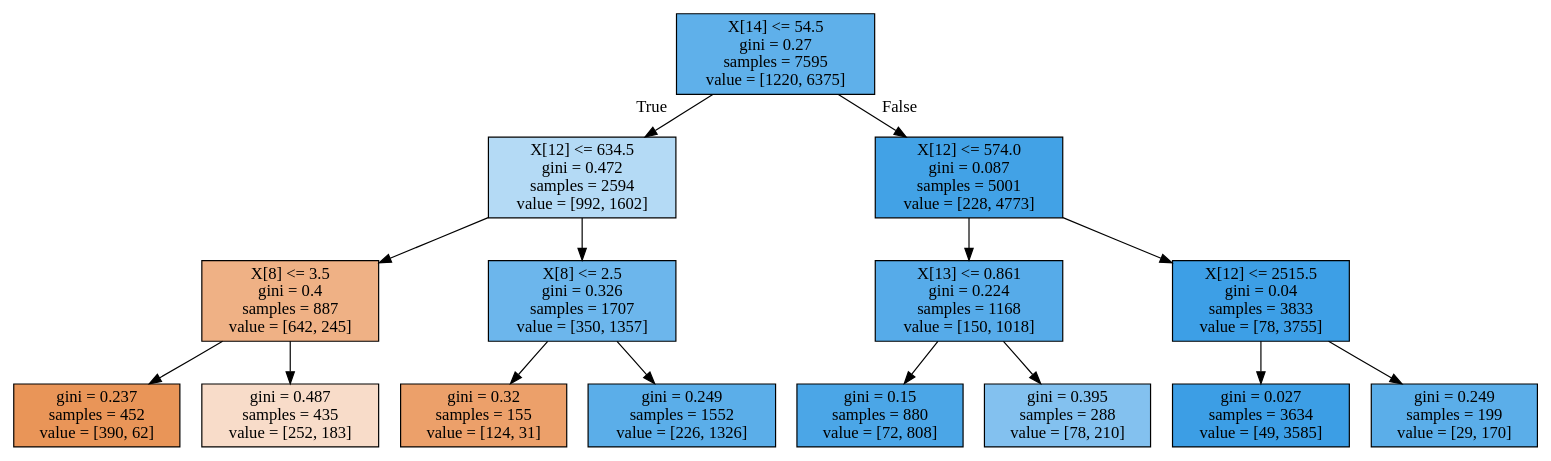
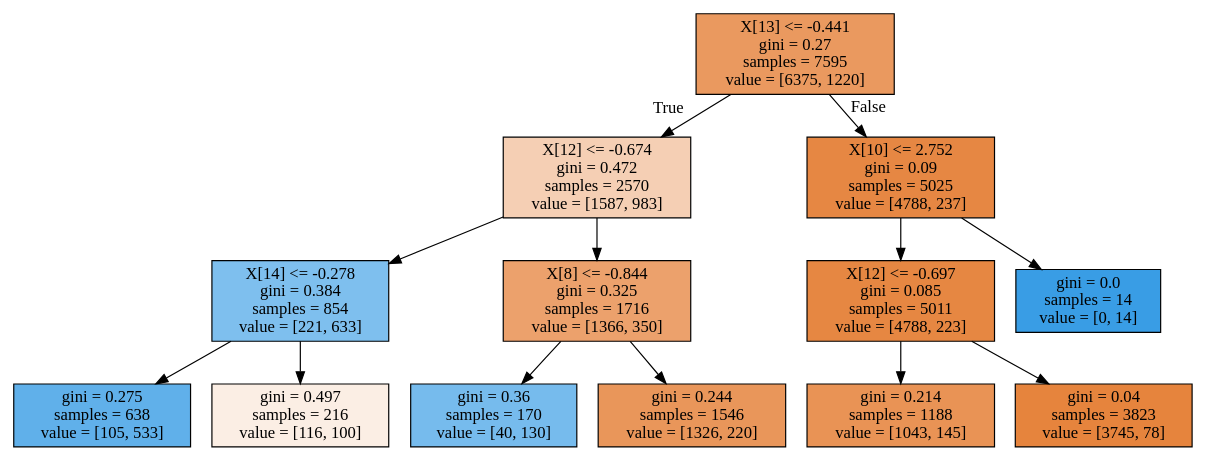
The diagram in younghunahn/tree.dot (Ahn-seongjun/DS_team2), drawn with Graphviz before and after one commit. The commit also changed 15 other files, not shown here.

```diff
--- a/younghunahn/tree.dot
+++ b/younghunahn/tree.dot
@@ -1,32 +1,28 @@
 digraph Tree {
 node [shape=box, style="filled", color="black"] ;
-0 [label="X[14] <= 54.5\ngini = 0.27\nsamples = 7595\nvalue = [1220, 6375]", fillcolor="#5fb0ea"] ;
-1 [label="X[12] <= 634.5\ngini = 0.472\nsamples = 2594\nvalue = [992, 1602]", fillcolor="#b4daf5"] ;
+0 [label="X[13] <= -0.441\ngini = 0.27\nsamples = 7595\nvalue = [6375, 1220]", fillcolor="#ea995f"] ;
+1 [label="X[12] <= -0.674\ngini = 0.472\nsamples = 2570\nvalue = [1587, 983]", fillcolor="#f5cfb4"] ;
 0 -> 1 [labeldistance=2.5, labelangle=45, headlabel="True"] ;
-2 [label="X[8] <= 3.5\ngini = 0.4\nsamples = 887\nvalue = [642, 245]", fillcolor="#efb185"] ;
+2 [label="X[14] <= -0.278\ngini = 0.384\nsamples = 854\nvalue = [221, 633]", fillcolor="#7ebfee"] ;
 1 -> 2 ;
-3 [label="gini = 0.237\nsamples = 452\nvalue = [390, 62]", fillcolor="#e99558"] ;
+3 [label="gini = 0.275\nsamples = 638\nvalue = [105, 533]", fillcolor="#60b0ea"] ;
 2 -> 3 ;
-4 [label="gini = 0.487\nsamples = 435\nvalue = [252, 183]", fillcolor="#f8dcc9"] ;
+4 [label="gini = 0.497\nsamples = 216\nvalue = [116, 100]", fillcolor="#fbeee4"] ;
 2 -> 4 ;
-5 [label="X[8] <= 2.5\ngini = 0.326\nsamples = 1707\nvalue = [350, 1357]", fillcolor="#6cb6ec"] ;
+5 [label="X[8] <= -0.844\ngini = 0.325\nsamples = 1716\nvalue = [1366, 350]", fillcolor="#eca16c"] ;
 1 -> 5 ;
-6 [label="gini = 0.32\nsamples = 155\nvalue = [124, 31]", fillcolor="#eca06a"] ;
+6 [label="gini = 0.36\nsamples = 170\nvalue = [40, 130]", fillcolor="#76bbed"] ;
 5 -> 6 ;
-7 [label="gini = 0.249\nsamples = 1552\nvalue = [226, 1326]", fillcolor="#5baee9"] ;
+7 [label="gini = 0.244\nsamples = 1546\nvalue = [1326, 220]", fillcolor="#e9965a"] ;
 5 -> 7 ;
-8 [label="X[12] <= 574.0\ngini = 0.087\nsamples = 5001\nvalue = [228, 4773]", fillcolor="#42a2e6"] ;
+8 [label="X[10] <= 2.752\ngini = 0.09\nsamples = 5025\nvalue = [4788, 237]", fillcolor="#e68743"] ;
 0 -> 8 [labeldistance=2.5, labelangle=-45, headlabel="False"] ;
-9 [label="X[13] <= 0.861\ngini = 0.224\nsamples = 1168\nvalue = [150, 1018]", fillcolor="#56abe9"] ;
+9 [label="X[12] <= -0.697\ngini = 0.085\nsamples = 5011\nvalue = [4788, 223]", fillcolor="#e68742"] ;
 8 -> 9 ;
-10 [label="gini = 0.15\nsamples = 880\nvalue = [72, 808]", fillcolor="#4ba6e7"] ;
+10 [label="gini = 0.214\nsamples = 1188\nvalue = [1043, 145]", fillcolor="#e99355"] ;
 9 -> 10 ;
-11 [label="gini = 0.395\nsamples = 288\nvalue = [78, 210]", fillcolor="#83c1ef"] ;
+11 [label="gini = 0.04\nsamples = 3823\nvalue = [3745, 78]", fillcolor="#e6843d"] ;
 9 -> 11 ;
-12 [label="X[12] <= 2515.5\ngini = 0.04\nsamples = 3833\nvalue = [78, 3755]", fillcolor="#3d9fe6"] ;
+12 [label="gini = 0.0\nsamples = 14\nvalue = [0, 14]", fillcolor="#399de5"] ;
 8 -> 12 ;
-13 [label="gini = 0.027\nsamples = 3634\nvalue = [49, 3585]", fillcolor="#3c9ee5"] ;
-12 -> 13 ;
-14 [label="gini = 0.249\nsamples = 199\nvalue = [29, 170]", fillcolor="#5baee9"] ;
-12 -> 14 ;
 }
```
